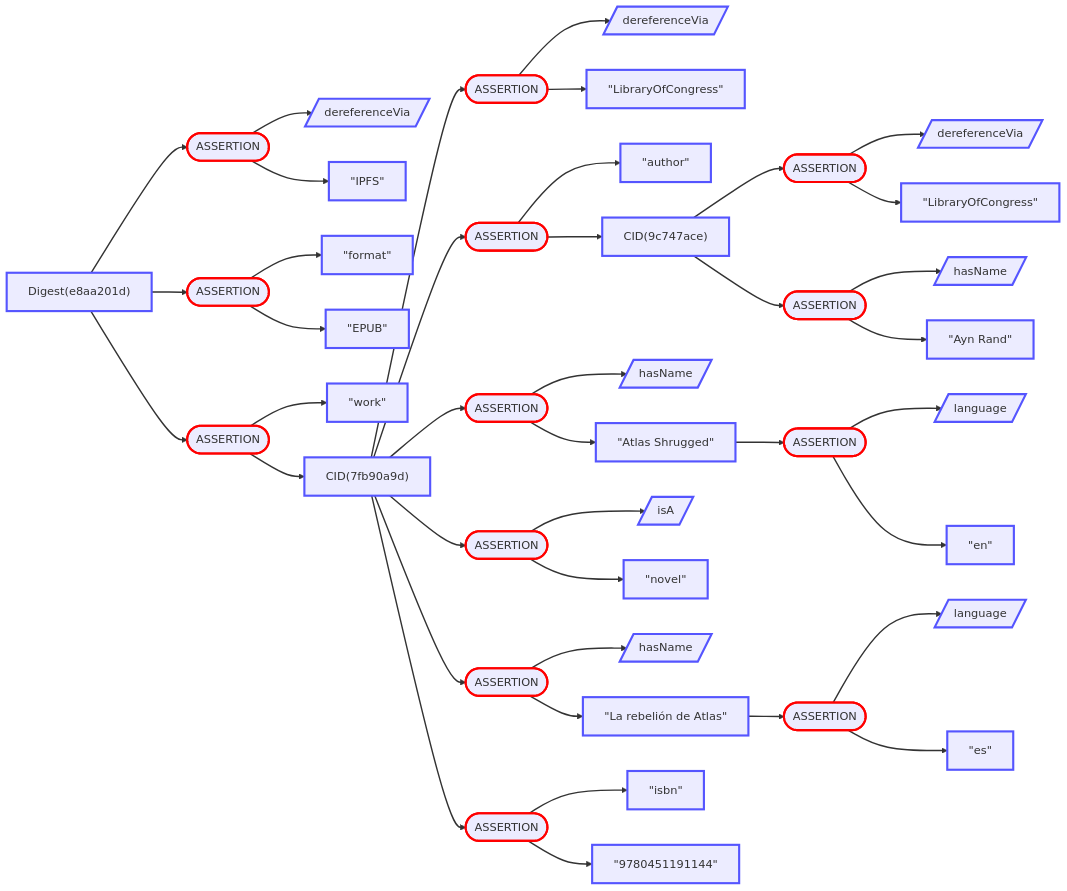
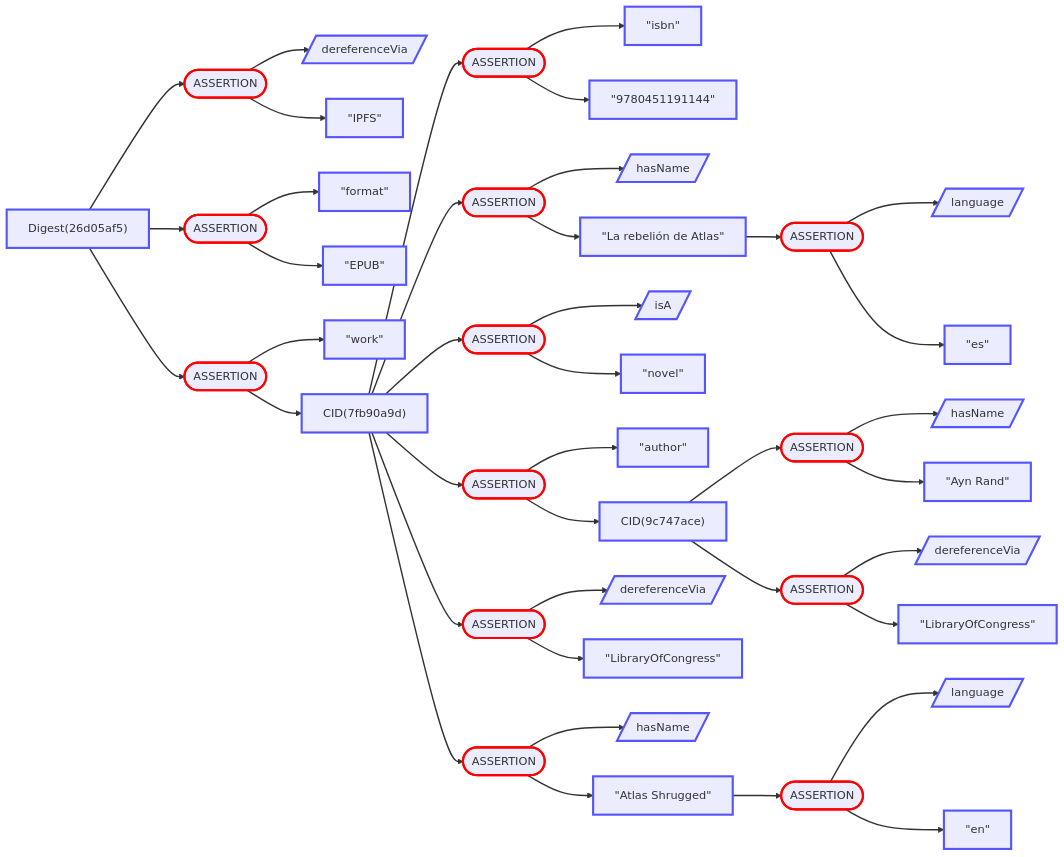
Before and after one commit to BlockchainCommons/Gordian: diagram 20 of 26 in Envelope/OutputFormats.md, drawn with Mermaid. The commit also changed other lines of this file and 6 other files, not shown here.

````diff
--- a/Envelope/OutputFormats.md
+++ b/Envelope/OutputFormats.md
@@ -1132,6 +1214,6 @@
 ```mermaid
 graph LR
-    1["Digest(e8aa201d)"]
+    1["Digest(26d05af5)"]
     2(["ASSERTION"])
     3[/"dereferenceVia"/]
     4["#quot;IPFS#quot;"]
@@ -1142,35 +1224,35 @@
     9["#quot;work#quot;"]
     10["CID(7fb90a9d)"]
     11(["ASSERTION"])
-    12[/"dereferenceVia"/]
-    13["#quot;LibraryOfCongress#quot;"]
+    12["#quot;isbn#quot;"]
+    13["#quot;9780451191144#quot;"]
     14(["ASSERTION"])
-    15["#quot;author#quot;"]
-    16["CID(9c747ace)"]
+    15[/"hasName"/]
+    16["#quot;La rebelión de Atlas#quot;"]
     17(["ASSERTION"])
-    18[/"dereferenceVia"/]
-    19["#quot;LibraryOfCongress#quot;"]
+    18[/"language"/]
+    19["#quot;es#quot;"]
     20(["ASSERTION"])
-    21[/"hasName"/]
-    22["#quot;Ayn Rand#quot;"]
+    21[/"isA"/]
+    22["#quot;novel#quot;"]
     23(["ASSERTION"])
-    24[/"hasName"/]
-    25["#quot;Atlas Shrugged#quot;"]
+    24["#quot;author#quot;"]
+    25["CID(9c747ace)"]
     26(["ASSERTION"])
-    27[/"language"/]
-    28["#quot;en#quot;"]
+    27[/"hasName"/]
+    28["#quot;Ayn Rand#quot;"]
     29(["ASSERTION"])
-    30[/"isA"/]
-    31["#quot;novel#quot;"]
+    30[/"dereferenceVia"/]
+    31["#quot;LibraryOfCongress#quot;"]
     32(["ASSERTION"])
-    33[/"hasName"/]
-    34["#quot;La rebelión de Atlas#quot;"]
+    33[/"dereferenceVia"/]
+    34["#quot;LibraryOfCongress#quot;"]
     35(["ASSERTION"])
-    36[/"language"/]
-    37["#quot;es#quot;"]
+    36[/"hasName"/]
+    37["#quot;Atlas Shrugged#quot;"]
     38(["ASSERTION"])
-    39["#quot;isbn#quot;"]
-    40["#quot;9780451191144#quot;"]
+    39[/"language"/]
+    40["#quot;en#quot;"]
     1 --> 2
     2 --> 3
     2 --> 4
@@ -1189,7 +1271,7 @@
     16 --> 17
     17 --> 18
     17 --> 19
-    16 --> 20
+    10 --> 20
     20 --> 21
     20 --> 22
     10 --> 23
@@ -1198,16 +1280,16 @@
     25 --> 26
     26 --> 27
     26 --> 28
-    10 --> 29
+    25 --> 29
     29 --> 30
     29 --> 31
     10 --> 32
     32 --> 33
     32 --> 34
-    34 --> 35
+    10 --> 35
     35 --> 36
     35 --> 37
-    10 --> 38
+    37 --> 38
     38 --> 39
     38 --> 40
     style 1 stroke:#55f,stroke-width:3.0px
````
